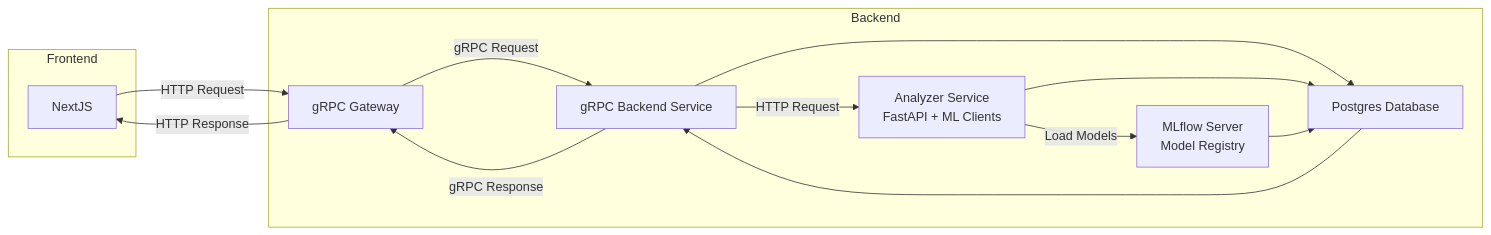
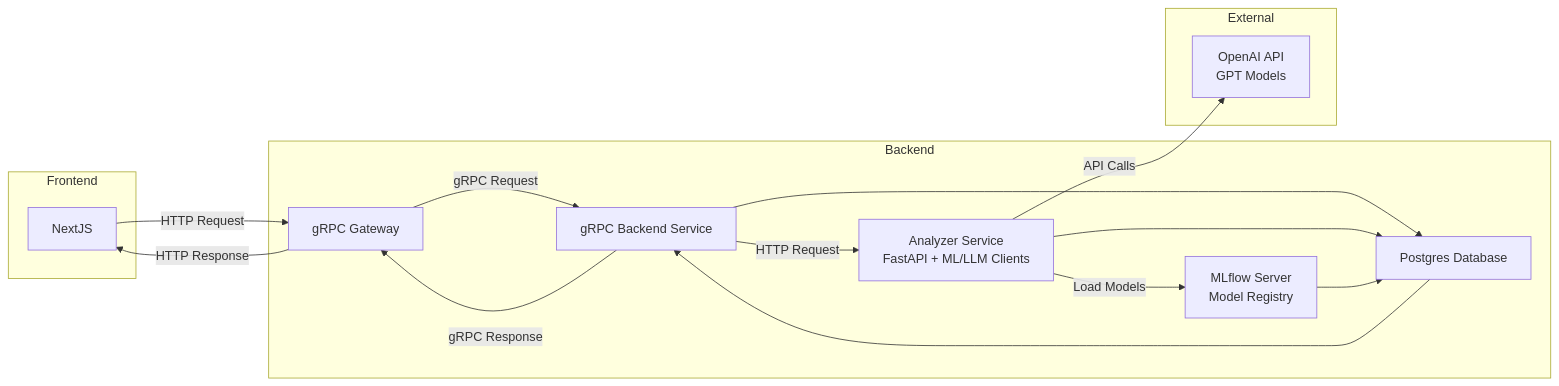
One commit to jyablonski/lotus changed the diagram in README.md. Above: the diagram before and after it, drawn with Mermaid. The commit also changed other lines of this file and 9 other files, not shown here.

````diff
--- a/README.md
+++ b/README.md
@@ -21,26 +24,31 @@
-``` mermaid
+```mermaid
 graph LR
     A[NextJS] -->|HTTP Request| B[Go gRPC Gateway]
     B -->|gRPC Request| C[gRPC Backend Service]
     C --> D[Postgres Database]
     D --> C
     C -->|gRPC Response| B
     B -->|HTTP Response| A
 
     C -->|HTTP Request| E[Analyzer Service]
     E -->|Load Models| F[MLflow Server]
     E --> D
     F --> D
+    E -->|API Calls| G[OpenAI API]
 
     subgraph Backend
         B[gRPC Gateway]
         C[gRPC Backend Service]
         D[Postgres Database]
-        E[Analyzer Service<br/>FastAPI + ML Clients]
+        E[Analyzer Service<br/>FastAPI + ML/LLM Clients]
         F[MLflow Server<br/>Model Registry]
     end
 
     subgraph Frontend
         A
     end
+
+    subgraph External
+        G[OpenAI API<br/>GPT Models]
+    end
 ```
````
